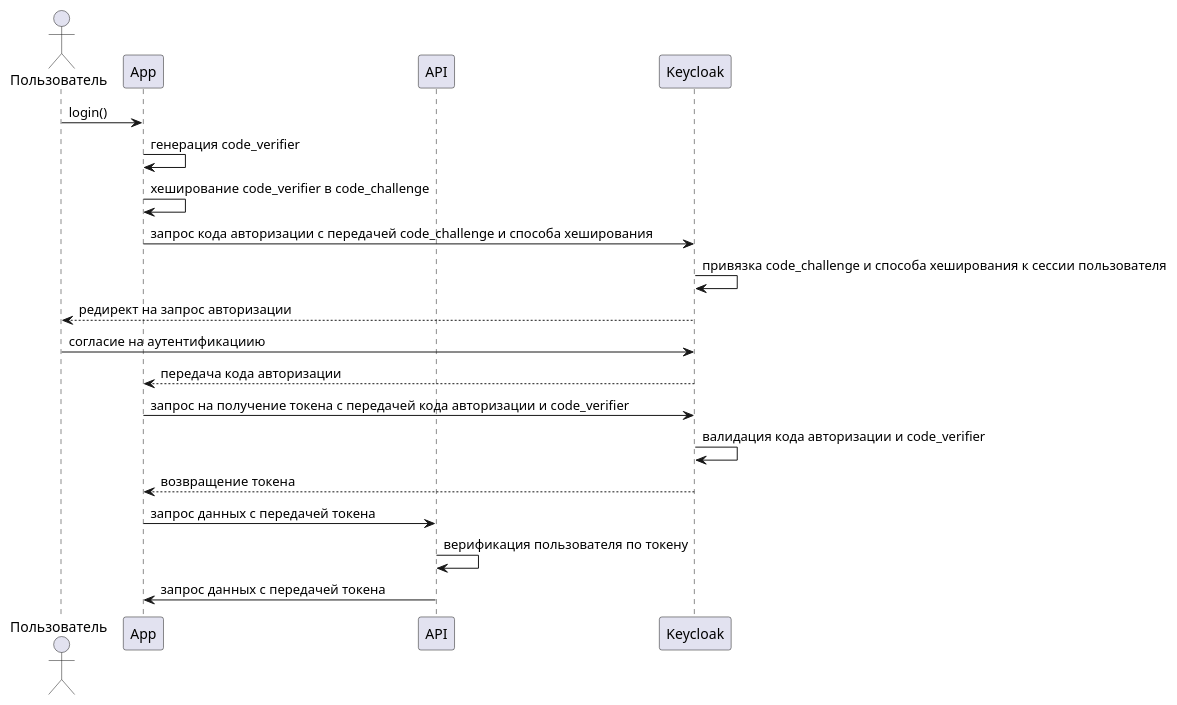
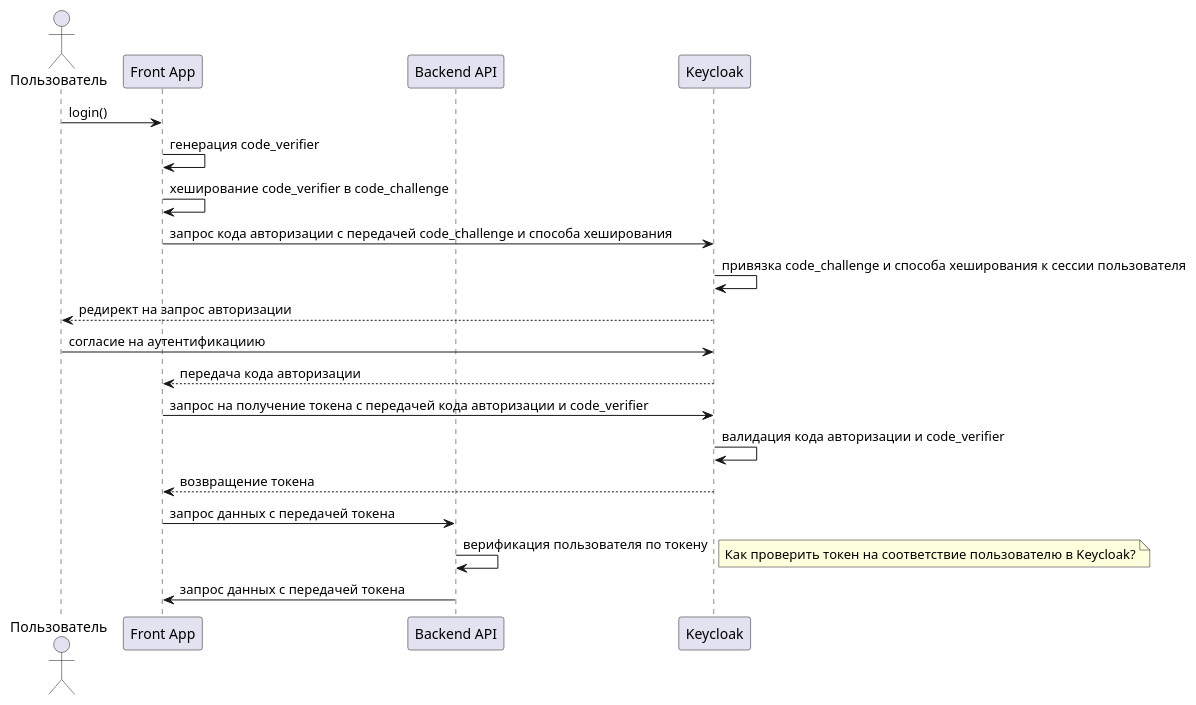
One commit to asbelon/architecture-sprint-8 changed the diagram in arch/sequence-diagram.puml. Above: the diagram before and after it, drawn with PlantUML. The commit also changed 5 other files, not shown here.

```diff
--- a/arch/sequence-diagram.puml
+++ b/arch/sequence-diagram.puml
@@ -1,23 +1,26 @@
 @startuml
 
 actor "Пользователь" as U
-participant "App" as F
-participant "API" as B
+participant "Front App" as F
+participant "Backend API" as B
 participant "Keycloak" as K
 
 U -> F: login()
 F -> F: генерация code_verifier
 F -> F: хеширование code_verifier в code_challenge
 F -> K: запрос кода авторизации с передачей code_challenge и способа хеширования
 K -> K: привязка code_challenge и способа хеширования к сессии пользователя
 K --> U: редирект на запрос авторизации
 U -> K: согласие на аутентификациию
 K --> F: передача кода авторизации
 F -> K: запрос на получение токена с передачей кода авторизации и code_verifier
 K -> K: валидация кода авторизации и code_verifier
 K --> F: возвращение токена
 F -> B: запрос данных с передачей токена
 B -> B: верификация пользователя по токену
+note right
+Как проверить токен на соответствие пользователю в Keycloak?
+end note
 B -> F: запрос данных с передачей токена
 
 @enduml
```
